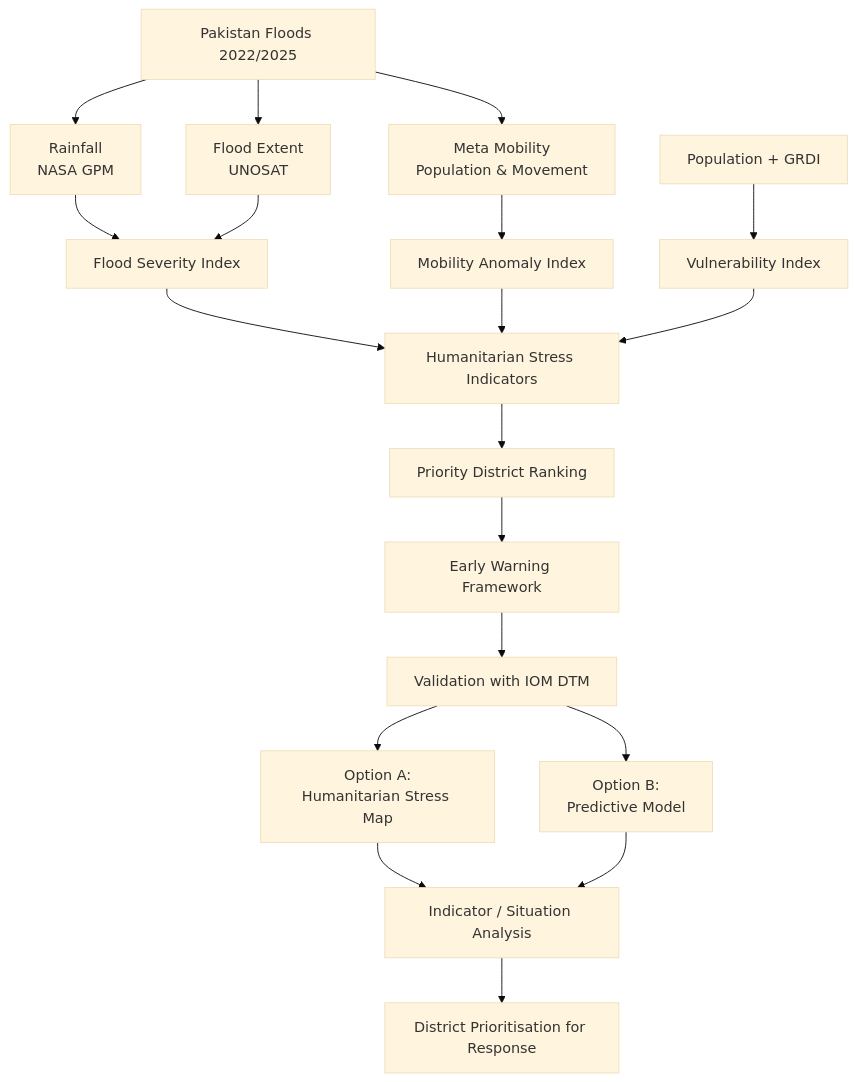
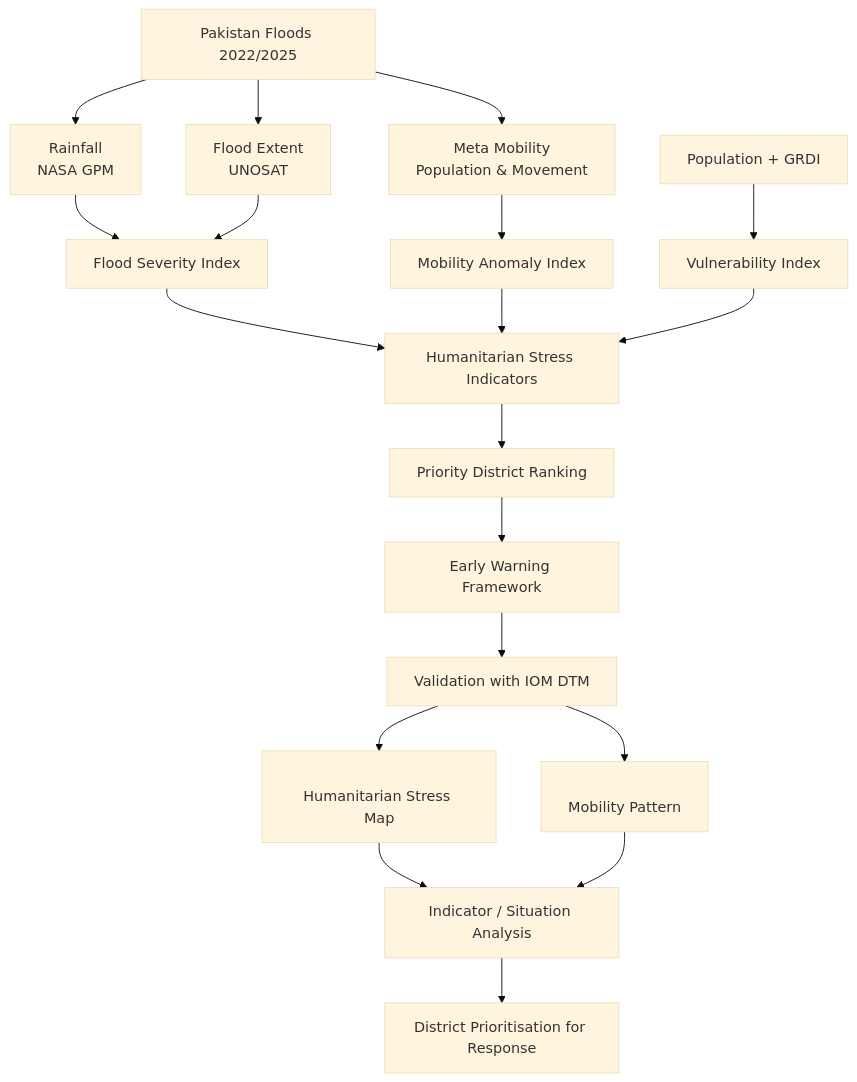
The diagram in README.md (mpardy/FloodHackathon), drawn with Mermaid (base theme) before and after one commit. The commit also changed other lines of this file, not shown here.

````diff
--- a/README.md
+++ b/README.md
@@ -91,38 +89,38 @@
 ```mermaid
 flowchart TD
 
 A[Pakistan Floods 2022/2025]
 
 B[Rainfall<br>NASA GPM]
 C[Flood Extent<br>UNOSAT]
 D[Meta Mobility<br>Population & Movement]
 
 A --> B
 A --> C
 A --> D
 
 B --> E[Flood Severity Index]
 C --> E
 
 D --> F[Mobility Anomaly Index]
 
 G[Population + GRDI] --> H[Vulnerability Index]
 
 E --> I[Humanitarian Stress Indicators]
 F --> I
 H --> I
 
 I --> J[Priority District Ranking]
 
 J --> K[Early Warning Framework]
 
 K --> L[Validation with IOM DTM]
 
-L --> M[Option A:<br>Humanitarian Stress Map]
-L --> N[Option B:<br>Predictive Model]
+L --> M[<br>Humanitarian Stress Map]
+L --> N[<br>Mobility Pattern]
 
 M --> O[Indicator / Situation Analysis]
 N --> O
 
 O --> P[District Prioritisation for Response]
 ```
````
